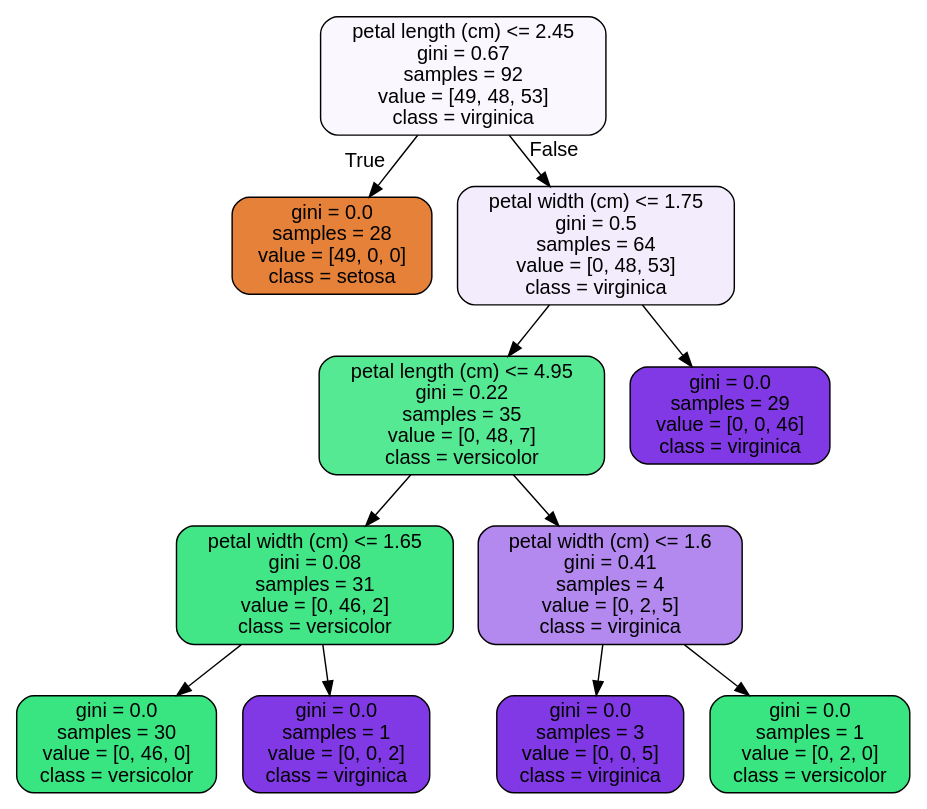
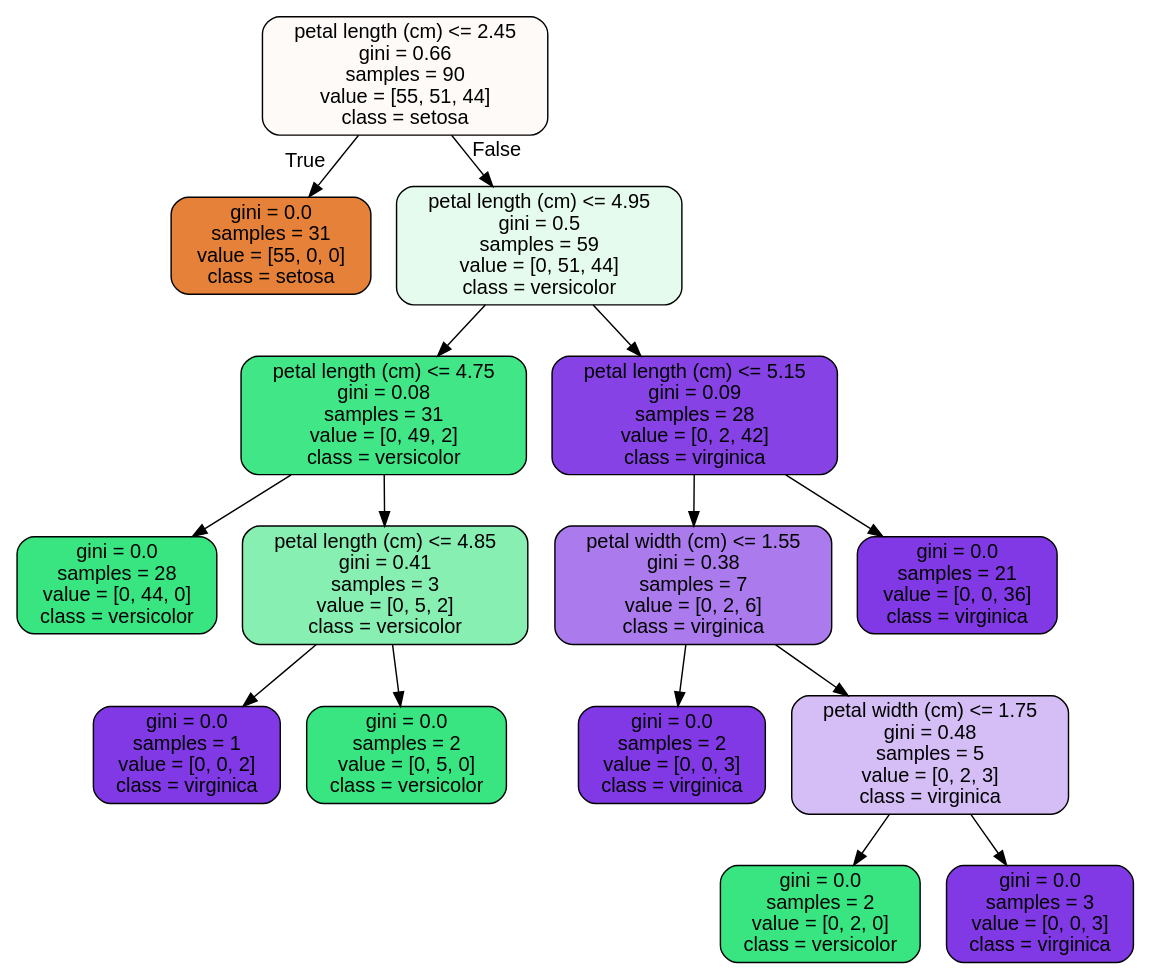
The diagram in u14_supervised_learning/Random Forest Covid Case Study/tree.dot (jonnross88/Springboard), drawn with Graphviz before and after one commit. The commit also changed 2 other files, not shown here.

```diff
--- a/u14_supervised_learning/Random Forest Covid Case Study/tree.dot
+++ b/u14_supervised_learning/Random Forest Covid Case Study/tree.dot
@@ -1,25 +1,33 @@
 digraph Tree {
 node [shape=box, style="filled, rounded", color="black", fontname="helvetica"] ;
 edge [fontname="helvetica"] ;
-0 [label="petal length (cm) <= 2.45\ngini = 0.67\nsamples = 92\nvalue = [49, 48, 53]\nclass = virginica", fillcolor="#faf7fe"] ;
-1 [label="gini = 0.0\nsamples = 28\nvalue = [49, 0, 0]\nclass = setosa", fillcolor="#e58139"] ;
+0 [label="petal length (cm) <= 2.45\ngini = 0.66\nsamples = 90\nvalue = [55, 51, 44]\nclass = setosa", fillcolor="#fefaf7"] ;
+1 [label="gini = 0.0\nsamples = 31\nvalue = [55, 0, 0]\nclass = setosa", fillcolor="#e58139"] ;
 0 -> 1 [labeldistance=2.5, labelangle=45, headlabel="True"] ;
-2 [label="petal width (cm) <= 1.75\ngini = 0.5\nsamples = 64\nvalue = [0, 48, 53]\nclass = virginica", fillcolor="#f3ecfd"] ;
+2 [label="petal length (cm) <= 4.95\ngini = 0.5\nsamples = 59\nvalue = [0, 51, 44]\nclass = versicolor", fillcolor="#e4fbee"] ;
 0 -> 2 [labeldistance=2.5, labelangle=-45, headlabel="False"] ;
-3 [label="petal length (cm) <= 4.95\ngini = 0.22\nsamples = 35\nvalue = [0, 48, 7]\nclass = versicolor", fillcolor="#56e993"] ;
+3 [label="petal length (cm) <= 4.75\ngini = 0.08\nsamples = 31\nvalue = [0, 49, 2]\nclass = versicolor", fillcolor="#41e686"] ;
 2 -> 3 ;
-4 [label="petal width (cm) <= 1.65\ngini = 0.08\nsamples = 31\nvalue = [0, 46, 2]\nclass = versicolor", fillcolor="#42e686"] ;
+4 [label="gini = 0.0\nsamples = 28\nvalue = [0, 44, 0]\nclass = versicolor", fillcolor="#39e581"] ;
 3 -> 4 ;
-5 [label="gini = 0.0\nsamples = 30\nvalue = [0, 46, 0]\nclass = versicolor", fillcolor="#39e581"] ;
-4 -> 5 ;
+5 [label="petal length (cm) <= 4.85\ngini = 0.41\nsamples = 3\nvalue = [0, 5, 2]\nclass = versicolor", fillcolor="#88efb3"] ;
+3 -> 5 ;
 6 [label="gini = 0.0\nsamples = 1\nvalue = [0, 0, 2]\nclass = virginica", fillcolor="#8139e5"] ;
-4 -> 6 ;
-7 [label="petal width (cm) <= 1.6\ngini = 0.41\nsamples = 4\nvalue = [0, 2, 5]\nclass = virginica", fillcolor="#b388ef"] ;
-3 -> 7 ;
-8 [label="gini = 0.0\nsamples = 3\nvalue = [0, 0, 5]\nclass = virginica", fillcolor="#8139e5"] ;
-7 -> 8 ;
-9 [label="gini = 0.0\nsamples = 1\nvalue = [0, 2, 0]\nclass = versicolor", fillcolor="#39e581"] ;
-7 -> 9 ;
-10 [label="gini = 0.0\nsamples = 29\nvalue = [0, 0, 46]\nclass = virginica", fillcolor="#8139e5"] ;
-2 -> 10 ;
+5 -> 6 ;
+7 [label="gini = 0.0\nsamples = 2\nvalue = [0, 5, 0]\nclass = versicolor", fillcolor="#39e581"] ;
+5 -> 7 ;
+8 [label="petal length (cm) <= 5.15\ngini = 0.09\nsamples = 28\nvalue = [0, 2, 42]\nclass = virginica", fillcolor="#8742e6"] ;
+2 -> 8 ;
+9 [label="petal width (cm) <= 1.55\ngini = 0.38\nsamples = 7\nvalue = [0, 2, 6]\nclass = virginica", fillcolor="#ab7bee"] ;
+8 -> 9 ;
+10 [label="gini = 0.0\nsamples = 2\nvalue = [0, 0, 3]\nclass = virginica", fillcolor="#8139e5"] ;
+9 -> 10 ;
+11 [label="petal width (cm) <= 1.75\ngini = 0.48\nsamples = 5\nvalue = [0, 2, 3]\nclass = virginica", fillcolor="#d5bdf6"] ;
+9 -> 11 ;
+12 [label="gini = 0.0\nsamples = 2\nvalue = [0, 2, 0]\nclass = versicolor", fillcolor="#39e581"] ;
+11 -> 12 ;
+13 [label="gini = 0.0\nsamples = 3\nvalue = [0, 0, 3]\nclass = virginica", fillcolor="#8139e5"] ;
+11 -> 13 ;
+14 [label="gini = 0.0\nsamples = 21\nvalue = [0, 0, 36]\nclass = virginica", fillcolor="#8139e5"] ;
+8 -> 14 ;
 }
```
